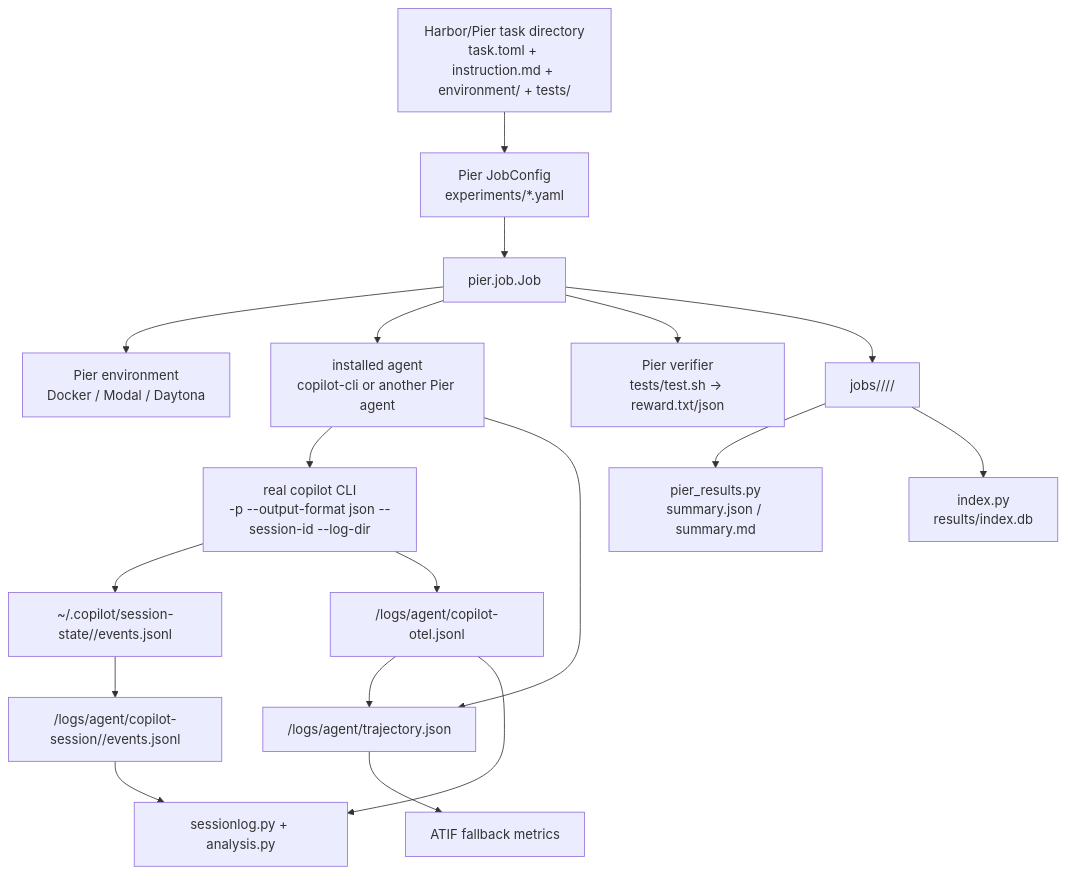
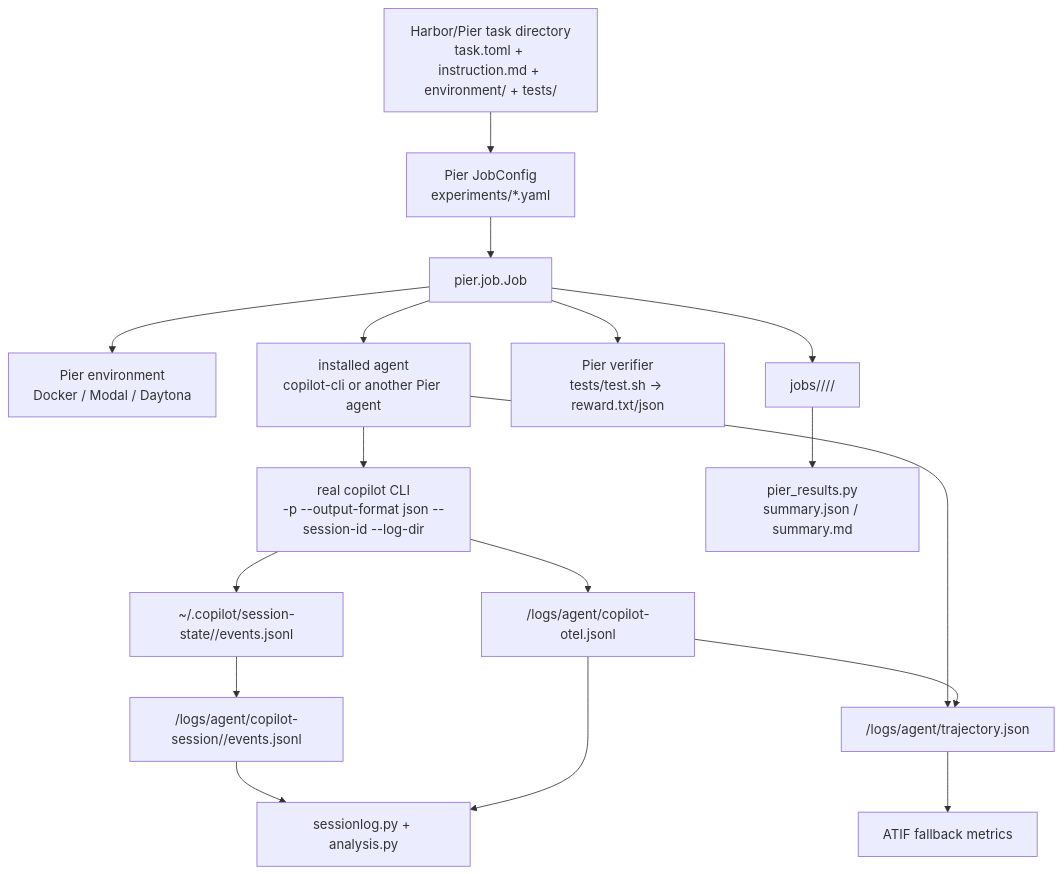
One commit to dbroeglin/github-copilot-lab changed the diagram in docs/architecture.md. Above: the diagram before and after it, drawn with Mermaid. The commit also changed other lines of this file and 48 other files, not shown here.

````diff
--- a/docs/architecture.md
+++ b/docs/architecture.md
@@ -9,20 +9,19 @@
 ```mermaid
 flowchart TD
     TASK["Harbor/Pier task directory\ntask.toml + instruction.md + environment/ + tests/"] --> CFG["Pier JobConfig\nexperiments/*.yaml"]
     CFG --> JOB["pier.job.Job"]
     JOB --> ENV["Pier environment\nDocker / Modal / Daytona"]
     JOB --> AGENT["installed agent\ncopilot-cli or another Pier agent"]
     AGENT --> CLI["real copilot CLI\n-p --output-format json --session-id --log-dir"]
     CLI --> STATE["~/.copilot/session-state/<id>/events.jsonl"]
     CLI --> OTEL["/logs/agent/copilot-otel.jsonl"]
     STATE --> EVENTS["/logs/agent/copilot-session/<id>/events.jsonl"]
     AGENT --> ATIF["/logs/agent/trajectory.json"]
     OTEL --> ATIF
     JOB --> VERIFY["Pier verifier\ntests/test.sh -> reward.txt/json"]
     JOB --> OUT["jobs/<job>/<run-id>/<trial>/"]
     EVENTS --> ANALYSIS["sessionlog.py + analysis.py"]
     OTEL --> ANALYSIS
     ATIF --> FALLBACK["ATIF fallback metrics"]
     OUT --> SUMMARY["pier_results.py\nsummary.json / summary.md"]
-    OUT --> INDEX["index.py\nresults/index.db"]
 ```
````
